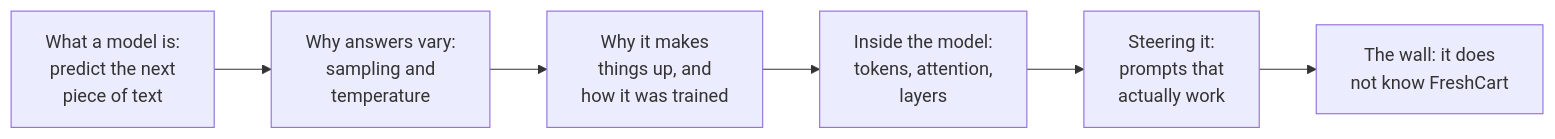
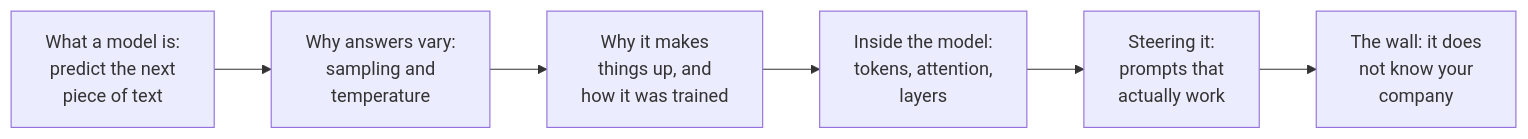
One commit to shubamchaudhary/CodeNITW changed the first of 8 diagrams in src/Data/aiStackDocs/CH-01.md. Above: the diagram before and after it, drawn with Mermaid. The commit also changed other lines of this file and 32 other files, not shown here.

````diff
--- a/src/Data/aiStackDocs/CH-01.md
+++ b/src/Data/aiStackDocs/CH-01.md
@@ -9,8 +9,8 @@
 ```mermaid
 flowchart LR
     A["What a model is:<br/>predict the next<br/>piece of text"] --> B["Why answers vary:<br/>sampling and<br/>temperature"]
     B --> C["Why it makes<br/>things up, and<br/>how it was trained"]
     C --> D["Inside the model:<br/>tokens, attention,<br/>layers"]
     D --> E["Steering it:<br/>prompts that<br/>actually work"]
-    E --> F["The wall: it does<br/>not know FreshCart"]
+    E --> F["The wall: it does<br/>not know your<br/>company"]
 ```
````
